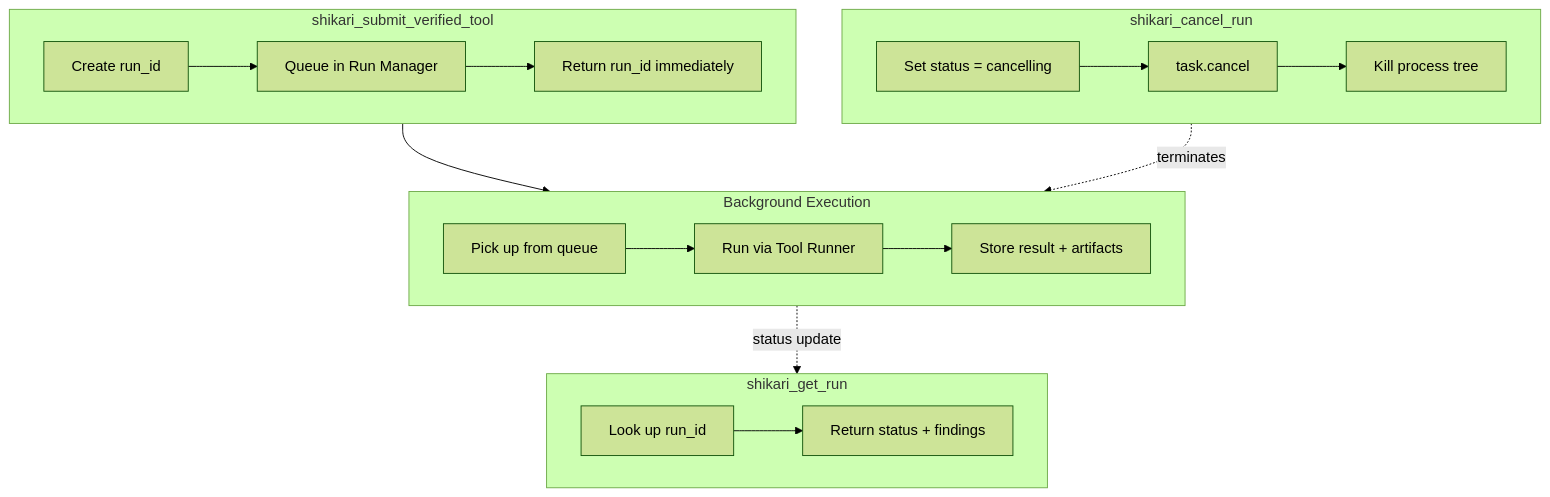
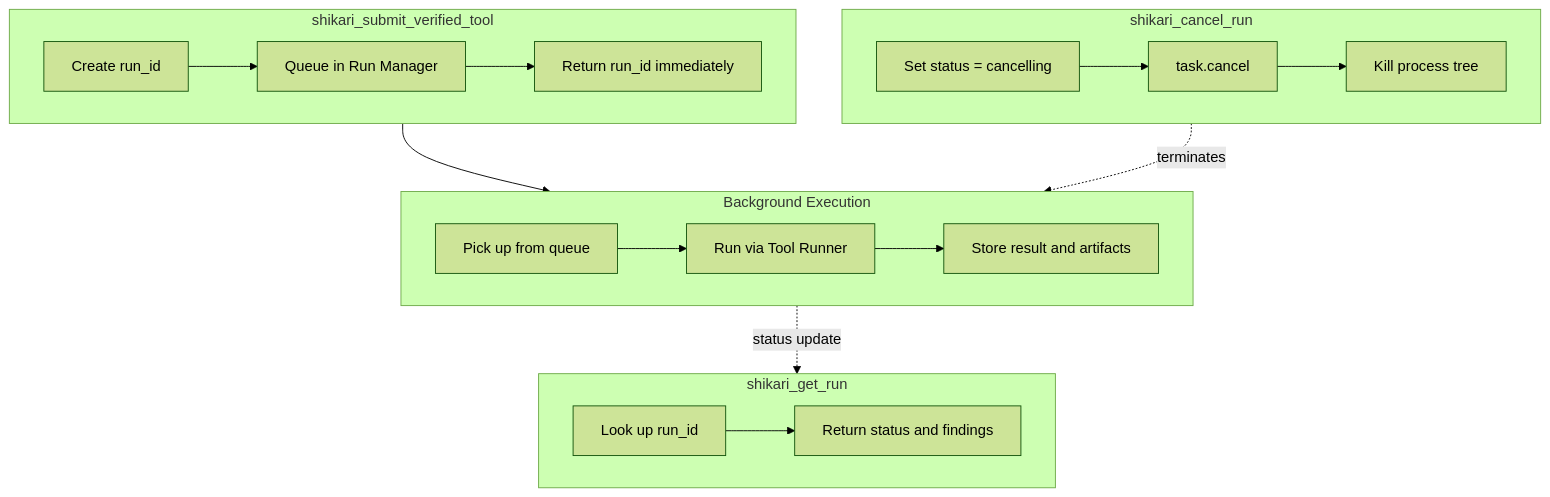
Before and after one commit to Zaeem20/ShikariMCP: the fifth of 7 diagrams in docs/ARCHITECTURE.md, drawn with Mermaid (forest theme). The commit also changed other lines of this file and 4 other files, not shown here.

First line of the commit message:
fix(docs): quote mermaid labels for GitHub rendering, use image in README

````diff
--- a/docs/ARCHITECTURE.md
+++ b/docs/ARCHITECTURE.md
@@ -212,23 +212,23 @@
 ```mermaid
 flowchart TB
     subgraph Submit["shikari_submit_verified_tool"]
-        S1[Create run_id] --> S2[Queue in Run Manager] --> S3[Return run_id immediately]
+        S1["Create run_id"] --> S2["Queue in Run Manager"] --> S3["Return run_id immediately"]
     end
 
     subgraph Execute["Background Execution"]
-        E1[Pick up from queue] --> E2[Run via Tool Runner]
-        E2 --> E3[Store result + artifacts]
+        E1["Pick up from queue"] --> E2["Run via Tool Runner"]
+        E2 --> E3["Store result and artifacts"]
     end
 
     subgraph Poll["shikari_get_run"]
-        P1[Look up run_id] --> P2[Return status + findings]
+        P1["Look up run_id"] --> P2["Return status and findings"]
     end
 
     subgraph Cancel["shikari_cancel_run"]
-        C1[Set status = cancelling] --> C2[task.cancel] --> C3[Kill process tree]
+        C1["Set status = cancelling"] --> C2["task.cancel"] --> C3["Kill process tree"]
     end
 
     Submit --> Execute
     Execute -.->|status update| Poll
     Cancel -.->|terminates| Execute
 ```
````
